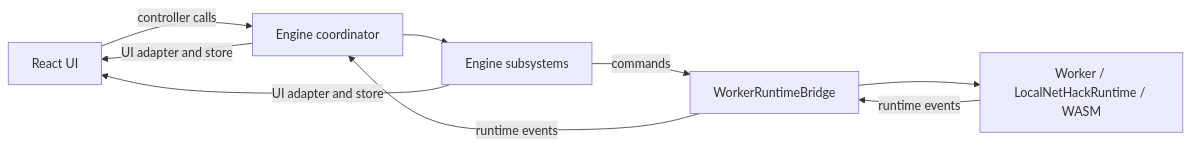
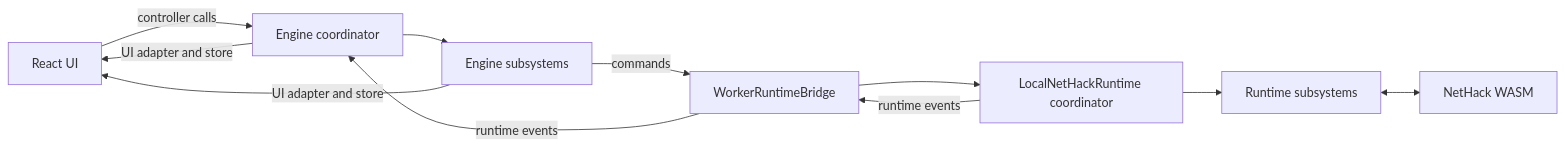
Before and after one commit to JamesIV4/nethack-3d: the diagram in README.MD, drawn with Mermaid. The commit also changed other lines of this file and 52 other files, not shown here.

Commit message:
Decomposed LocalNetHackRuntime.ts

````diff
--- a/README.MD
+++ b/README.MD
@@ -141,11 +143,13 @@
 ```mermaid
 flowchart LR
   UI[React UI] -->|controller calls| Engine[Engine coordinator]
   Engine --> Systems[Engine subsystems]
   Systems -->|commands| Bridge[WorkerRuntimeBridge]
-  Bridge --> Worker[Worker / LocalNetHackRuntime / WASM]
-  Worker -->|runtime events| Bridge
+  Bridge --> Runtime[LocalNetHackRuntime coordinator]
+  Runtime --> RuntimeSystems[Runtime subsystems]
+  RuntimeSystems <--> WASM[NetHack WASM]
+  Runtime -->|runtime events| Bridge
   Bridge -->|runtime events| Engine
   Engine -->|UI adapter and store| UI
   Systems -->|UI adapter and store| UI
 ```
````
